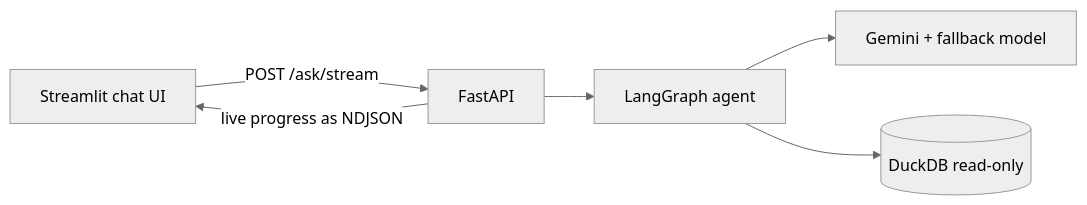
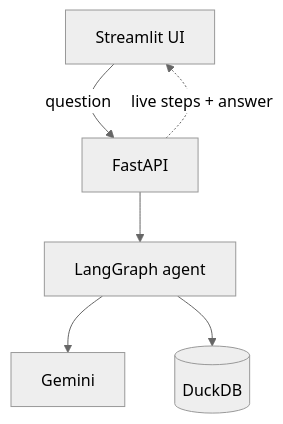
One commit to amang3196/data_analyst_agent changed the second of 2 diagrams in README.md. Above: the diagram before and after it, drawn with Mermaid (neutral theme). The commit also changed other lines of this file, not shown here.

````diff
--- a/README.md
+++ b/README.md
@@ -87,8 +87,8 @@
 ```mermaid
-flowchart LR
-    UI[Streamlit chat UI] -->|POST /ask/stream| API[FastAPI]
-    API -->|live progress as NDJSON| UI
+flowchart TB
+    UI[Streamlit UI] -->|question| API[FastAPI]
+    API -.->|live steps + answer| UI
     API --> G[LangGraph agent]
-    G --> LLM[Gemini + fallback model]
-    G --> DB[(DuckDB read-only)]
+    G --> LLM[Gemini]
+    G --> DB[(DuckDB)]
 ```
````
